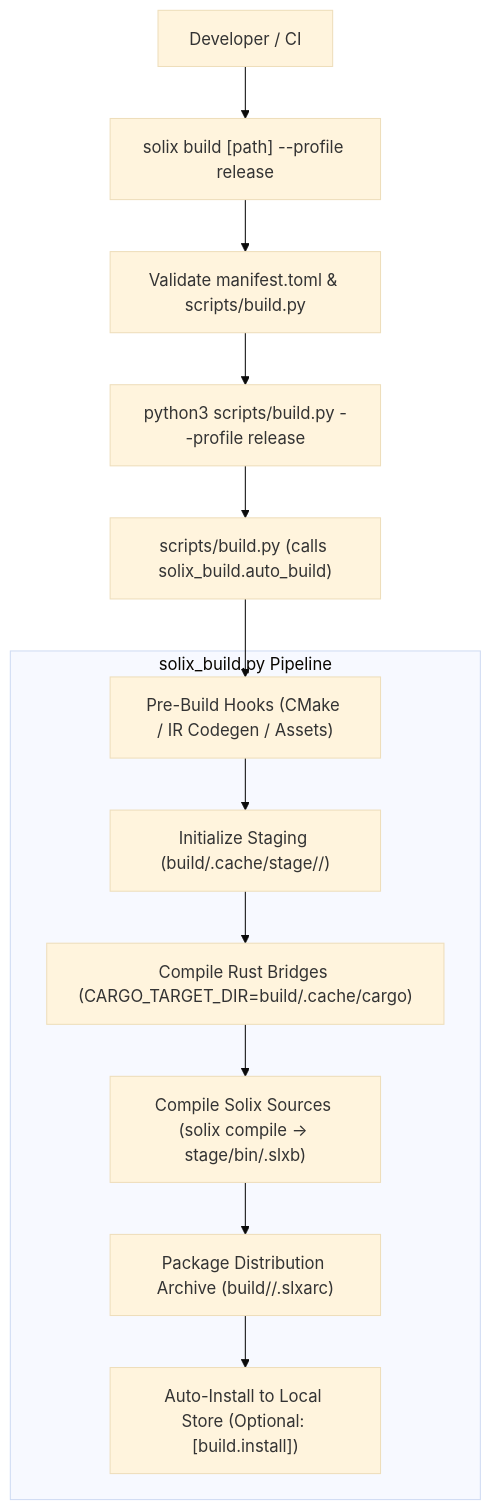
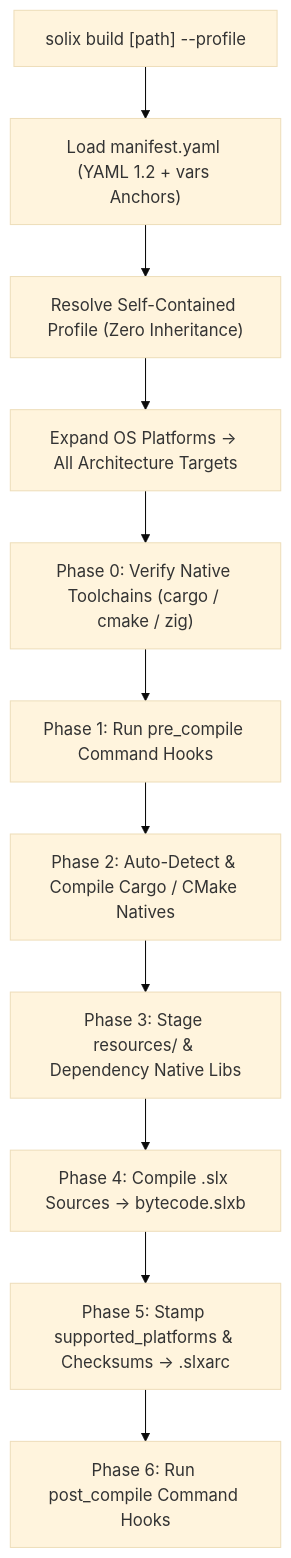
Before and after one commit to Jehudme/solix-language: the diagram in docs/guide/build_system.md, drawn with Mermaid (base theme). The commit also changed other lines of this file and 22 other files, not shown here.

Commit message:
docs: add FFI SDK wiki, manifest.yaml wiki, new native docs, and build guide

````diff
--- a/docs/guide/build_system.md
+++ b/docs/guide/build_system.md
@@ -22,23 +14,13 @@
 ```mermaid
 flowchart TD
-    User["Developer / CI"] --> CLI["solix build [path] --profile release"]
-    CLI --> ManifestCheck["Validate manifest.toml & scripts/build.py"]
-    ManifestCheck --> Runner["python3 scripts/build.py --profile release"]
-    Runner --> Script["scripts/build.py (calls solix_build.auto_build)"]
-    
-    subgraph Engine ["solix_build.py Pipeline"]
-        PreHook["Pre-Build Hooks (CMake / IR Codegen / Assets)"]
-        StageInit["Initialize Staging (build/.cache/stage/<profile>/)"]
-        NativeComp["Compile Rust Bridges (CARGO_TARGET_DIR=build/.cache/cargo)"]
-        SolixComp["Compile Solix Sources (solix compile -> stage/bin/<name>.slxb)"]
-        ArchivePack["Package Distribution Archive (build/<profile>/<name>.slxarc)"]
-        AutoInstall["Auto-Install to Local Store (Optional: [build.install])"]
-    end
-    
-    Script --> PreHook
-    PreHook --> StageInit
-    StageInit --> NativeComp
-    NativeComp --> SolixComp
-    SolixComp --> ArchivePack
-    ArchivePack --> AutoInstall
+    CLI["solix build [path] --profile <name>"] --> Manifest["Load manifest.yaml (YAML 1.2 + vars Anchors)"]
+    Manifest --> Profile["Resolve Self-Contained Profile (Zero Inheritance)"]
+    Profile --> Platforms["Expand OS Platforms -> All Architecture Targets"]
+    Platforms --> Env["Phase 0: Verify Native Toolchains (cargo / cmake / zig)"]
+    Env --> Pre["Phase 1: Run pre_compile Command Hooks"]
+    Pre --> Native["Phase 2: Auto-Detect & Compile Cargo / CMake Natives"]
+    Native --> Stage["Phase 3: Stage resources/ & Dependency Native Libs"]
+    Stage --> Compile["Phase 4: Compile .slx Sources -> bytecode.slxb"]
+    Compile --> Pack["Phase 5: Stamp supported_platforms & Checksums -> .slxarc"]
+    Pack --> Post["Phase 6: Run post_compile Command Hooks"]
 ```
````
